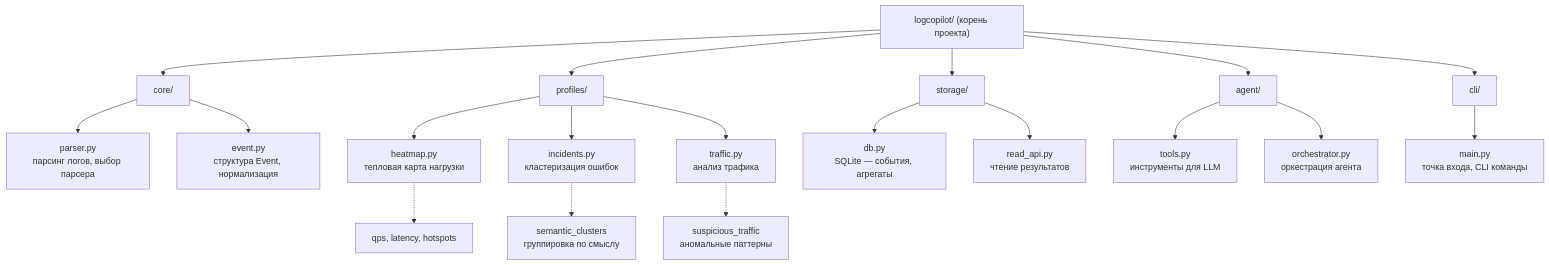
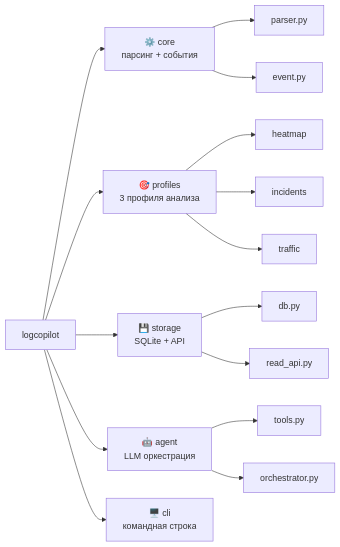
One commit to a-ramazan/log-copilot-bpmsoft changed the fourth of 4 diagrams in README.md. Above: the diagram before and after it, drawn with Mermaid. The commit also changed other lines of this file, not shown here.

Commit message:
+ output flow

````diff
--- a/README.md
+++ b/README.md
@@ -280,29 +280,29 @@
 ```mermaid
-flowchart TD
-    ROOT["logcopilot/ (корень проекта)"]
+flowchart LR
+    ROOT["logcopilot"]
     
-    ROOT --> CORE["core/"]
-    ROOT --> PROFILES["profiles/"]
-    ROOT --> STORAGE["storage/"]
-    ROOT --> AGENT["agent/"]
-    ROOT --> CLI["cli/"]
+    ROOT --> CORE
+    ROOT --> PROFILES
+    ROOT --> STORAGE
+    ROOT --> AGENT
+    ROOT --> CLI
     
-    CORE --> PARSER["parser.py<br/>парсинг логов, выбор парсера"]
-    CORE --> EVENT["event.py<br/>структура Event, нормализация"]
+    CORE["⚙️ core<br/>парсинг + события"]
+    PROFILES["🎯 profiles<br/>3 профиля анализа"]
+    STORAGE["💾 storage<br/>SQLite + API"]
+    AGENT["🤖 agent<br/>LLM оркестрация"]
+    CLI["🖥️ cli<br/>командная строка"]
     
-    PROFILES --> HEATMAP["heatmap.py<br/>тепловая карта нагрузки"]
-    PROFILES --> INCIDENTS["incidents.py<br/>кластеризация ошибок"]
-    PROFILES --> TRAFFIC["traffic.py<br/>анализ трафика"]
+    PROFILES --> H["heatmap"]
+    PROFILES --> I["incidents"]
+    PROFILES --> T["traffic"]
     
-    STORAGE --> DB["db.py<br/>SQLite — события, агрегаты"]
-    STORAGE --> READ_API["read_api.py<br/>чтение результатов"]
+    CORE --> P["parser.py"]
+    CORE --> E["event.py"]
     
-    AGENT --> TOOLS["tools.py<br/>инструменты для LLM"]
-    AGENT --> ORCH["orchestrator.py<br/>оркестрация агента"]
+    STORAGE --> D["db.py"]
+    STORAGE --> R["read_api.py"]
     
-    CLI --> MAIN["main.py<br/>точка входа, CLI команды"]
-    
-    INCIDENTS -.-> SEMANTIC["semantic_clusters<br/>группировка по смыслу"]
-    HEATMAP -.-> METRICS["qps, latency, hotspots"]
-    TRAFFIC -.-> SUSPICIOUS["suspicious_traffic<br/>аномальные паттерны"]
+    AGENT --> TO["tools.py"]
+    AGENT --> OR["orchestrator.py"]
 ```
````
